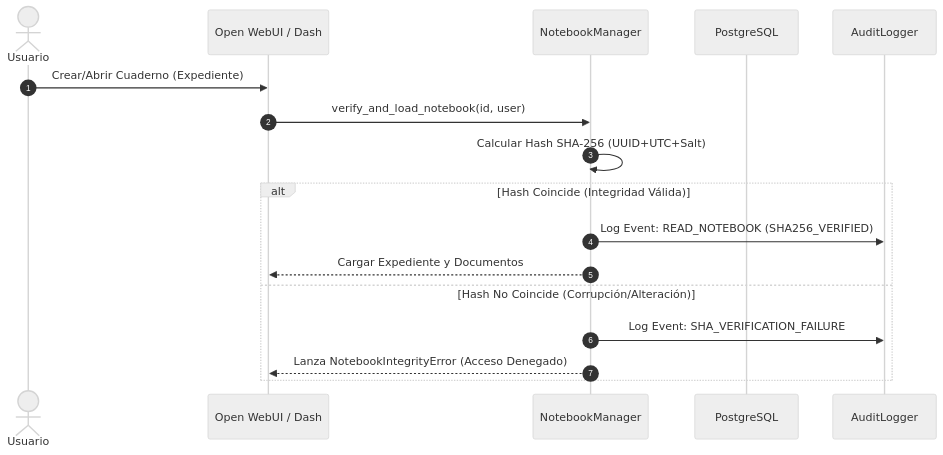
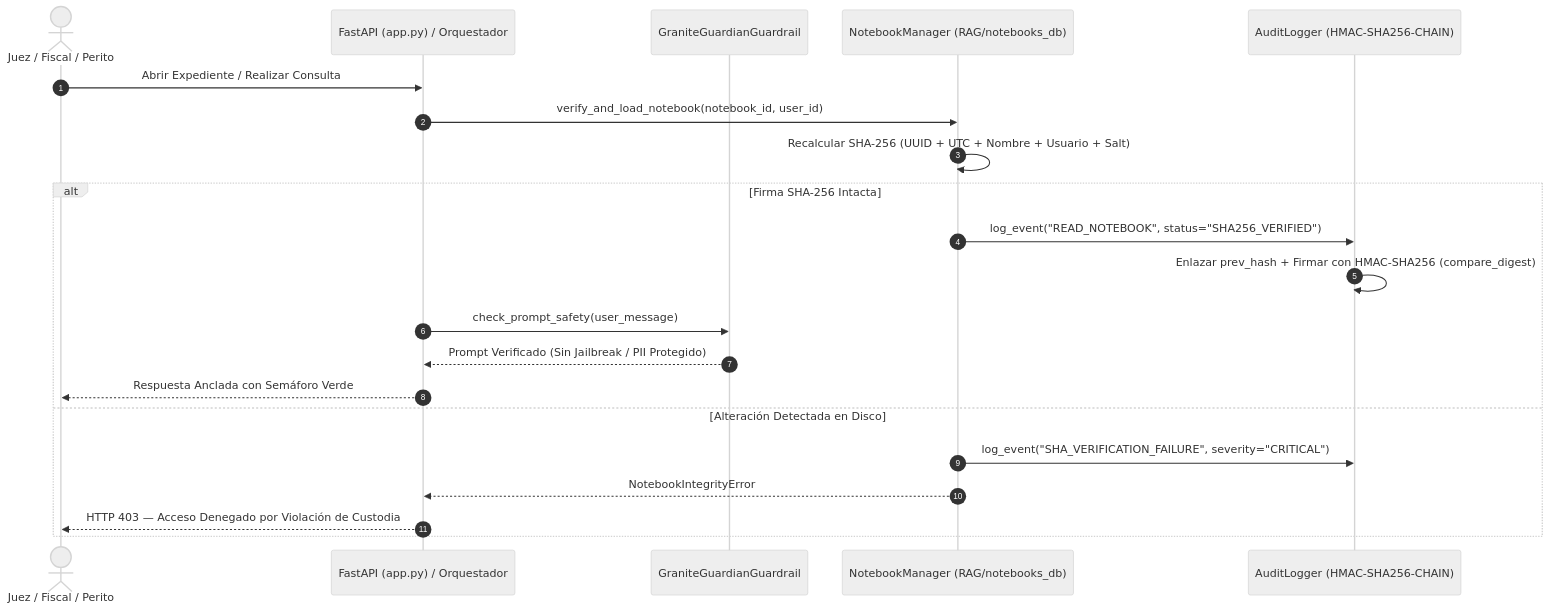
The second of 2 diagrams in docs/UML_DIAGRAMS.md (julljoll/JullBrain), drawn with Mermaid (neutral theme) before and after one commit. The commit also changed other lines of this file and 7 other files, not shown here.

Commit message:
docs(v0.2.0): actualizar manuales, diagramas UML, arquitectura y changelog con stack 100% IBM, Podman y Oracle Cloud

````diff
--- a/docs/UML_DIAGRAMS.md
+++ b/docs/UML_DIAGRAMS.md
@@ -31,20 +35,24 @@
 ```mermaid
 sequenceDiagram
     autonumber
-    actor Usuario
-    participant UI as Open WebUI / Dash
-    participant NM as NotebookManager
-    participant DB as PostgreSQL
-    participant AL as AuditLogger
+    actor Operador as Juez / Fiscal / Perito
+    participant API as FastAPI (app.py) / Orquestador
+    participant GG as GraniteGuardianGuardrail
+    participant NM as NotebookManager (RAG/notebooks_db)
+    participant AL as AuditLogger (HMAC-SHA256-CHAIN)
 
-    Usuario->>UI: Crear/Abrir Cuaderno (Expediente)
-    UI->>NM: verify_and_load_notebook(id, user)
-    NM->>NM: Calcular Hash SHA-256 (UUID+UTC+Salt)
-    alt Hash Coincide (Integridad Válida)
-        NM->>AL: Log Event: READ_NOTEBOOK (SHA256_VERIFIED)
-        NM-->>UI: Cargar Expediente y Documentos
-    else Hash No Coincide (Corrupción/Alteración)
-        NM->>AL: Log Event: SHA_VERIFICATION_FAILURE
-        NM-->>UI: Lanza NotebookIntegrityError (Acceso Denegado)
+    Operador->>API: Abrir Expediente / Realizar Consulta
+    API->>NM: verify_and_load_notebook(notebook_id, user_id)
+    NM->>NM: Recalcular SHA-256 (UUID + UTC + Nombre + Usuario + Salt)
+    alt Firma SHA-256 Intacta
+        NM->>AL: log_event("READ_NOTEBOOK", status="SHA256_VERIFIED")
+        AL->>AL: Enlazar prev_hash + Firmar con HMAC-SHA256 (compare_digest)
+        API->>GG: check_prompt_safety(user_message)
+        GG-->>API: Prompt Verificado (Sin Jailbreak / PII Protegido)
+        API-->>Operador: Respuesta Anclada con Semáforo Verde
+    else Alteración Detectada en Disco
+        NM->>AL: log_event("SHA_VERIFICATION_FAILURE", severity="CRITICAL")
+        NM-->>API: NotebookIntegrityError
+        API-->>Operador: HTTP 403 — Acceso Denegado por Violación de Custodia
     end
 ```
````
